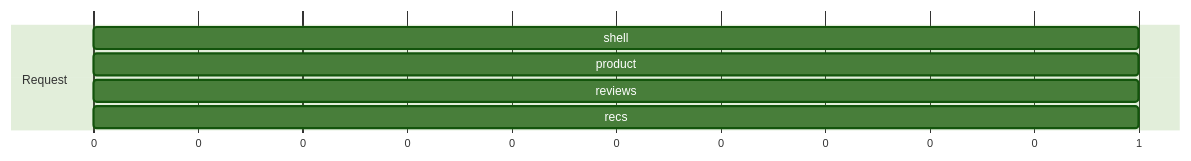
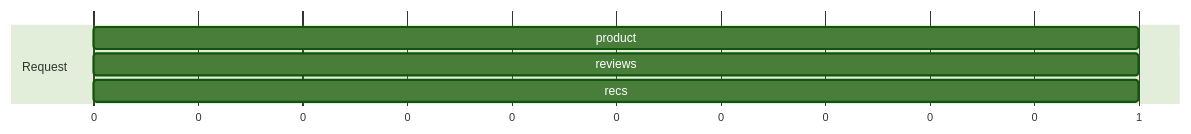
Before and after one commit to coryhouse/instant-ui: the second of 5 diagrams in slides/slides.md, drawn with Mermaid (forest theme). The commit also changed other lines of this file and 3 other files, not shown here.

````diff
--- a/slides/slides.md
+++ b/slides/slides.md
@@ -333,10 +305,9 @@
 ```mermaid {scale: 0.7}
 gantt
   dateFormat X
   axisFormat %s
   section Request
-  shell     :0, 1
   product   :0, 1
   reviews   :0, 1
   recs      :0, 1
 ```
````
